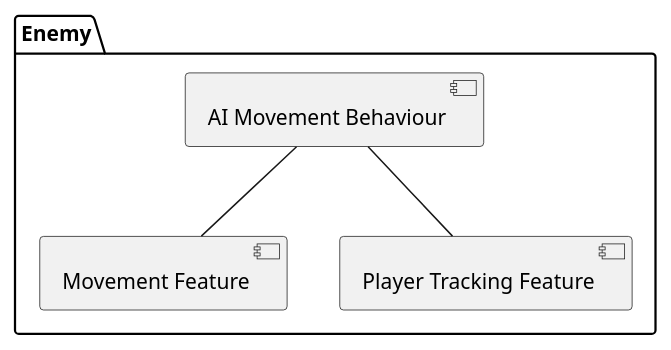
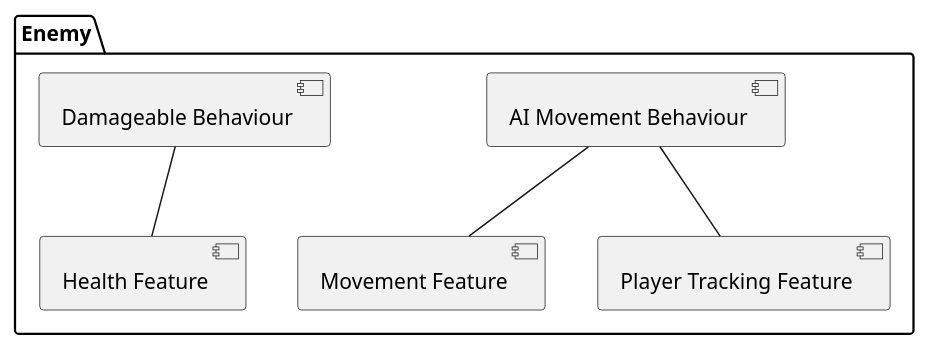
Before and after one commit to Famoose/marine-survivors: the diagram in docs/01_Implementation/Prefabs/AbstractEnemy.puml, drawn with PlantUML. The commit also changed 9 other files, not shown here.

Commit message:
Refactor on death, new diagrams

```diff
--- a/docs/01_Implementation/Prefabs/AbstractEnemy.puml
+++ b/docs/01_Implementation/Prefabs/AbstractEnemy.puml
@@ -1,12 +1,15 @@
 @startuml
 
 package Enemy {
     [AI Movement Behaviour] as aiMovementBeh
+    [Damageable Behaviour] as damageableBeh
     [Movement Feature] as movementFea
     [Player Tracking Feature] as playerTrackingFea
+    [Health Feature] as healthFea
 }
 
 aiMovementBeh -- movementFea
 aiMovementBeh -- playerTrackingFea
+damageableBeh -- healthFea
 
 @enduml
```
